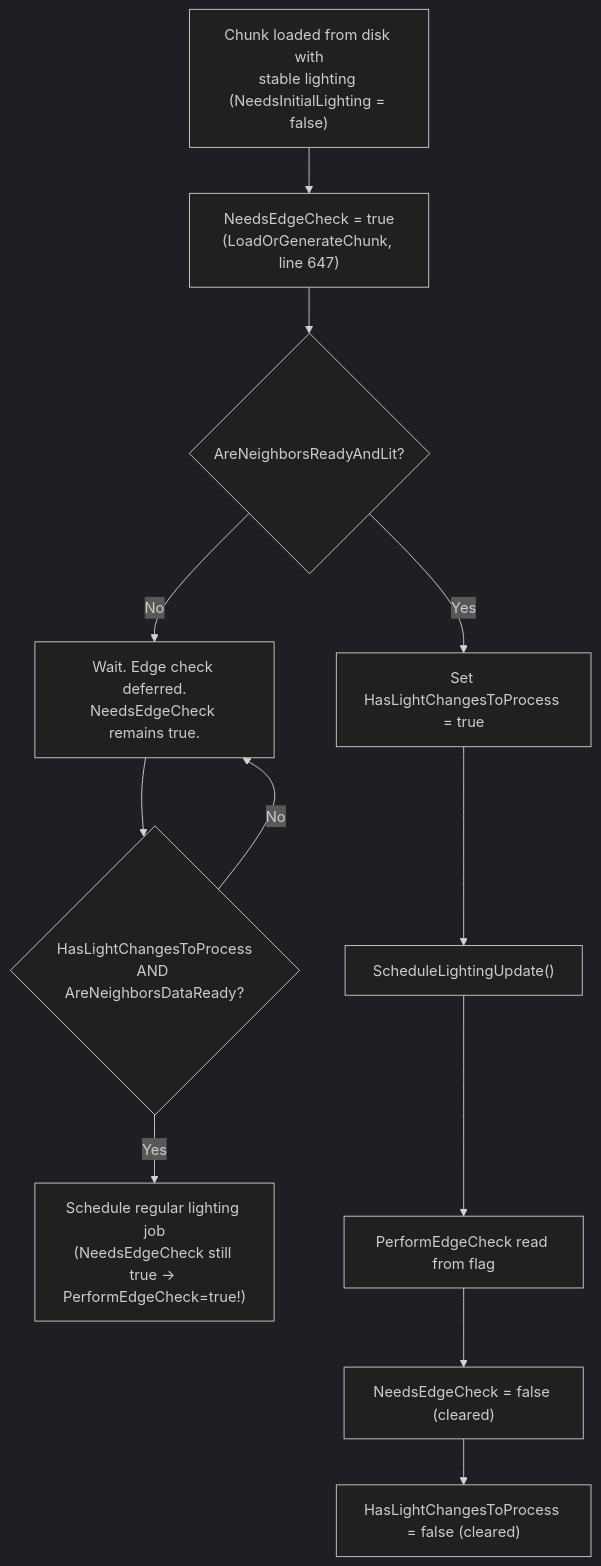
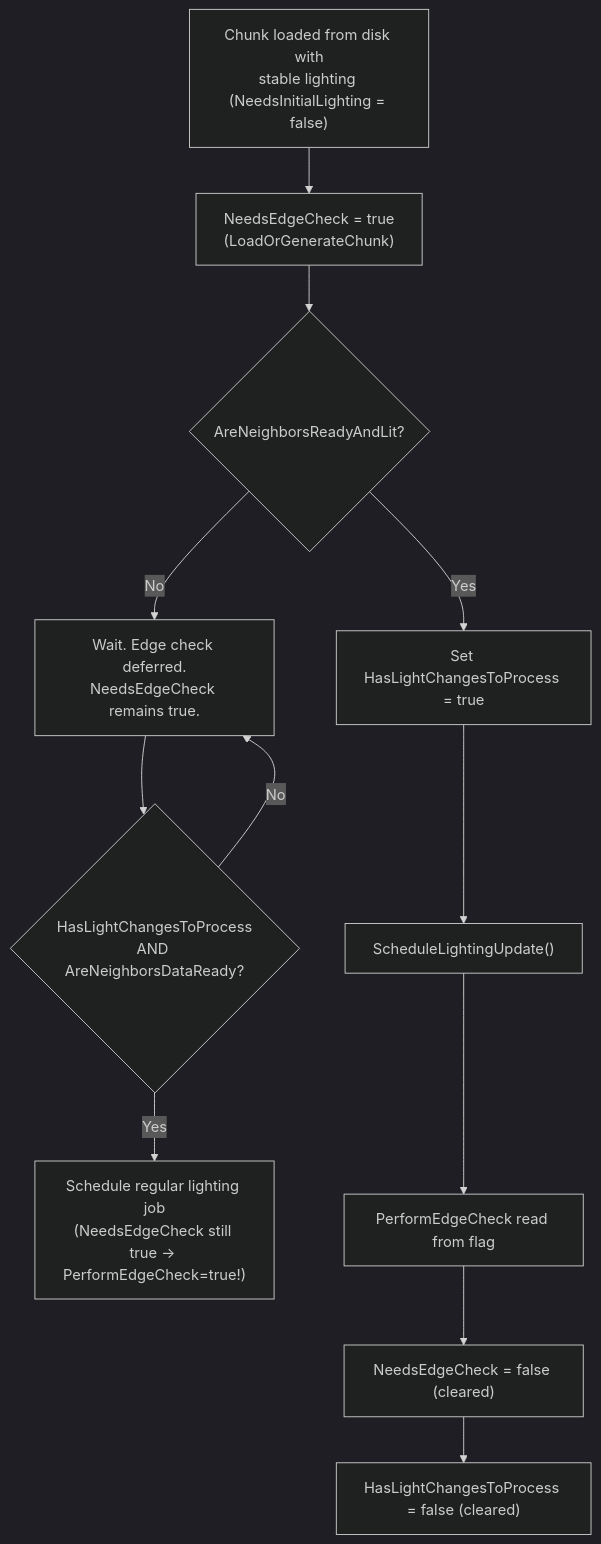
The seventh of 8 diagrams in Documentation/Architecture/CHUNK_LIFECYCLE_PIPELINE.md (A-Van-Gestel/Unity-Minecraft_Clone), drawn with Mermaid (dark theme) before and after one commit. The commit also changed other lines of this file and 1 other file, not shown here.

Commit message:
Docs: sync lighting + chunk-lifecycle docs to current code — applier guards/Bug 11 veto, iterative edge-check rounds, AreNeighborsMeshReady gate, shared LightAttenuation, stale line-numbers & symbol names

````diff
--- a/Documentation/Architecture/CHUNK_LIFECYCLE_PIPELINE.md
+++ b/Documentation/Architecture/CHUNK_LIFECYCLE_PIPELINE.md
@@ -393,14 +396,14 @@
 ```mermaid
 flowchart TD
-    E3["Chunk loaded from disk with<br/>stable lighting (NeedsInitialLighting = false)"] --> E4["NeedsEdgeCheck = true<br/>(LoadOrGenerateChunk, line 647)"]
+    E3["Chunk loaded from disk with<br/>stable lighting (NeedsInitialLighting = false)"] --> E4["NeedsEdgeCheck = true<br/>(LoadOrGenerateChunk)"]
     E4 --> E5{"AreNeighborsReadyAndLit?"}
     E5 -- No --> E6["Wait. Edge check deferred.<br/>NeedsEdgeCheck remains true."]
     E6 --> E7{"HasLightChangesToProcess<br/>AND AreNeighborsDataReady?"}
     E7 -- Yes --> E8["Schedule regular lighting job<br/>(NeedsEdgeCheck still true → PerformEdgeCheck=true!)"]
     E7 -- No --> E6
     E5 -- Yes --> E9["Set HasLightChangesToProcess = true"]
     E9 --> E10["ScheduleLightingUpdate()"]
     E10 --> E11["PerformEdgeCheck read from flag"]
     E11 --> E12["NeedsEdgeCheck = false (cleared)"]
     E12 --> E13["HasLightChangesToProcess = false (cleared)"]
 ```
````
